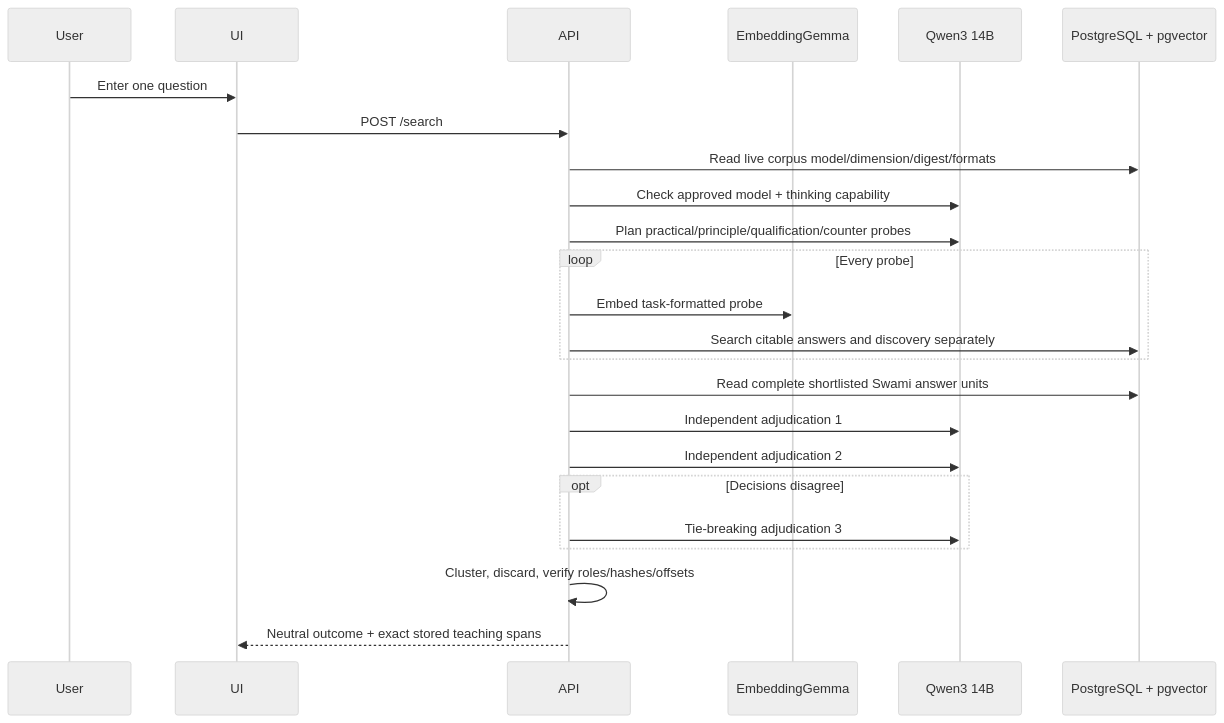
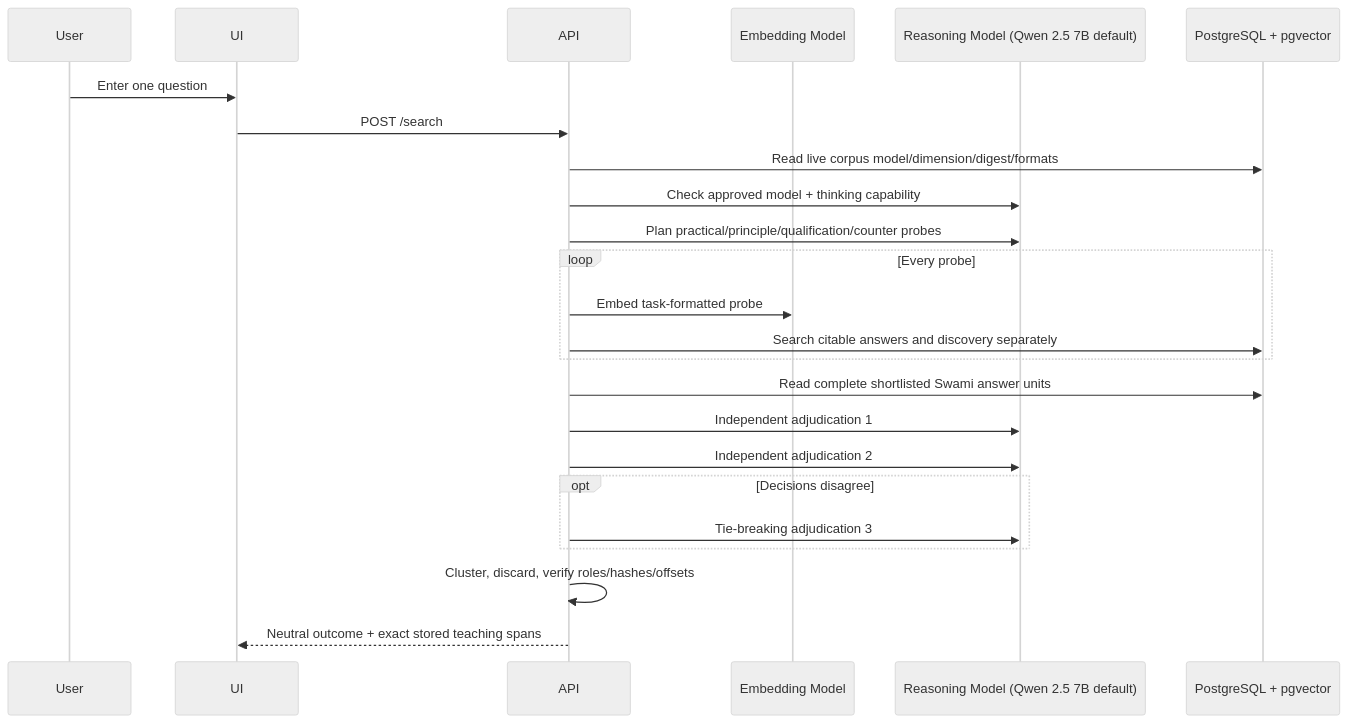
One commit to Ramakanth001/tools changed the fourth of 4 diagrams in semantic-qa/ARCHITECTURE.md. Above: the diagram before and after it, drawn with Mermaid (neutral theme). The commit also changed other lines of this file and 45 other files, not shown here.

````diff
--- a/semantic-qa/ARCHITECTURE.md
+++ b/semantic-qa/ARCHITECTURE.md
@@ -483,27 +483,27 @@
 ```mermaid
 sequenceDiagram
     participant User
     participant UI
     participant API
-    participant Embed as EmbeddingGemma
-    participant Qwen as Qwen3 14B
+    participant Embed as Embedding Model
+    participant Qwen as Reasoning Model (Qwen 2.5 7B default)
     participant PG as PostgreSQL + pgvector
 
     User->>UI: Enter one question
     UI->>API: POST /search
     API->>PG: Read live corpus model/dimension/digest/formats
     API->>Qwen: Check approved model + thinking capability
     API->>Qwen: Plan practical/principle/qualification/counter probes
     loop Every probe
         API->>Embed: Embed task-formatted probe
         API->>PG: Search citable answers and discovery separately
     end
     API->>PG: Read complete shortlisted Swami answer units
     API->>Qwen: Independent adjudication 1
     API->>Qwen: Independent adjudication 2
     opt Decisions disagree
         API->>Qwen: Tie-breaking adjudication 3
     end
     API->>API: Cluster, discard, verify roles/hashes/offsets
     API-->>UI: Neutral outcome + exact stored teaching spans
 ```
````
